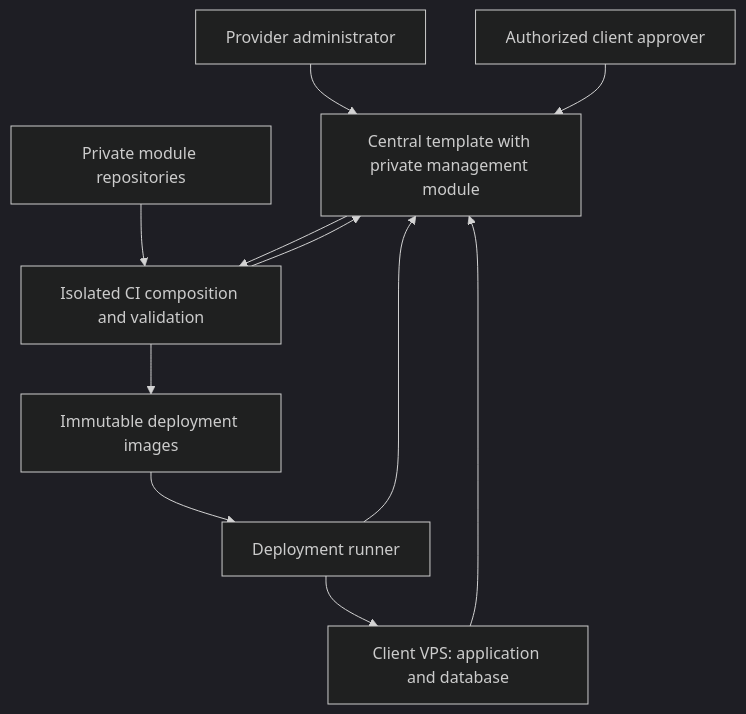
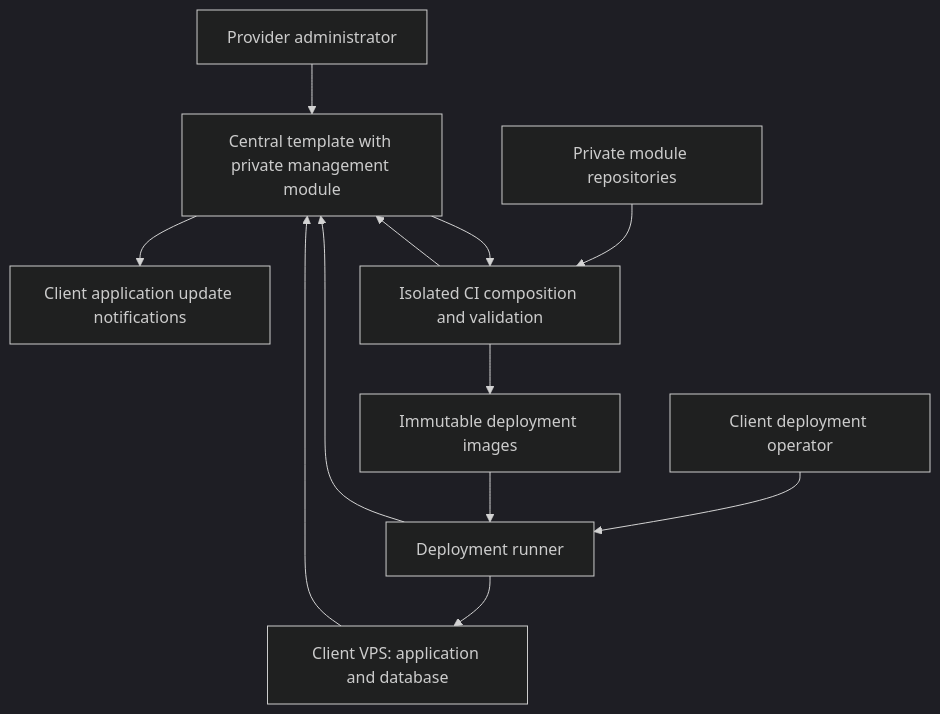
The diagram in documentation/docs/client-deployment-proposal.md (thewebchameleon/template-v4), drawn with Mermaid (dark theme) before and after one commit. The commit also changed other lines of this file and 29 other files, not shown here.

````diff
--- a/documentation/docs/client-deployment-proposal.md
+++ b/documentation/docs/client-deployment-proposal.md
@@ -67,13 +80,14 @@
 ```mermaid
 flowchart TD
     Publisher[Provider administrator] --> Central[Central template with private management module]
-    Client[Authorized client approver] --> Central
+    Central --> Updates[Client application update notifications]
+    Client[Client deployment operator] --> Runner
     Source[Private module repositories] --> CI[Isolated CI composition and validation]
     Central --> CI
     CI --> Registry[Immutable deployment images]
     CI --> Central
     Runner[Deployment runner] --> Central
     Registry --> Runner
     Runner --> VPS[Client VPS: application and database]
     VPS --> Central
 ```
````
